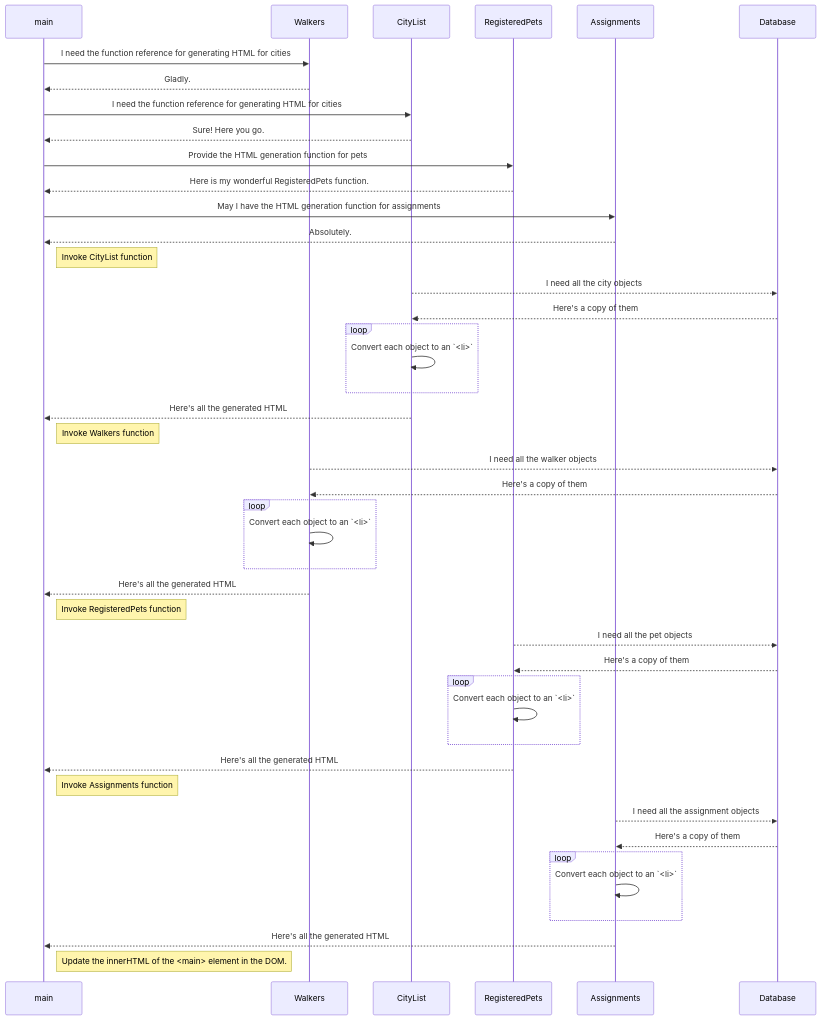
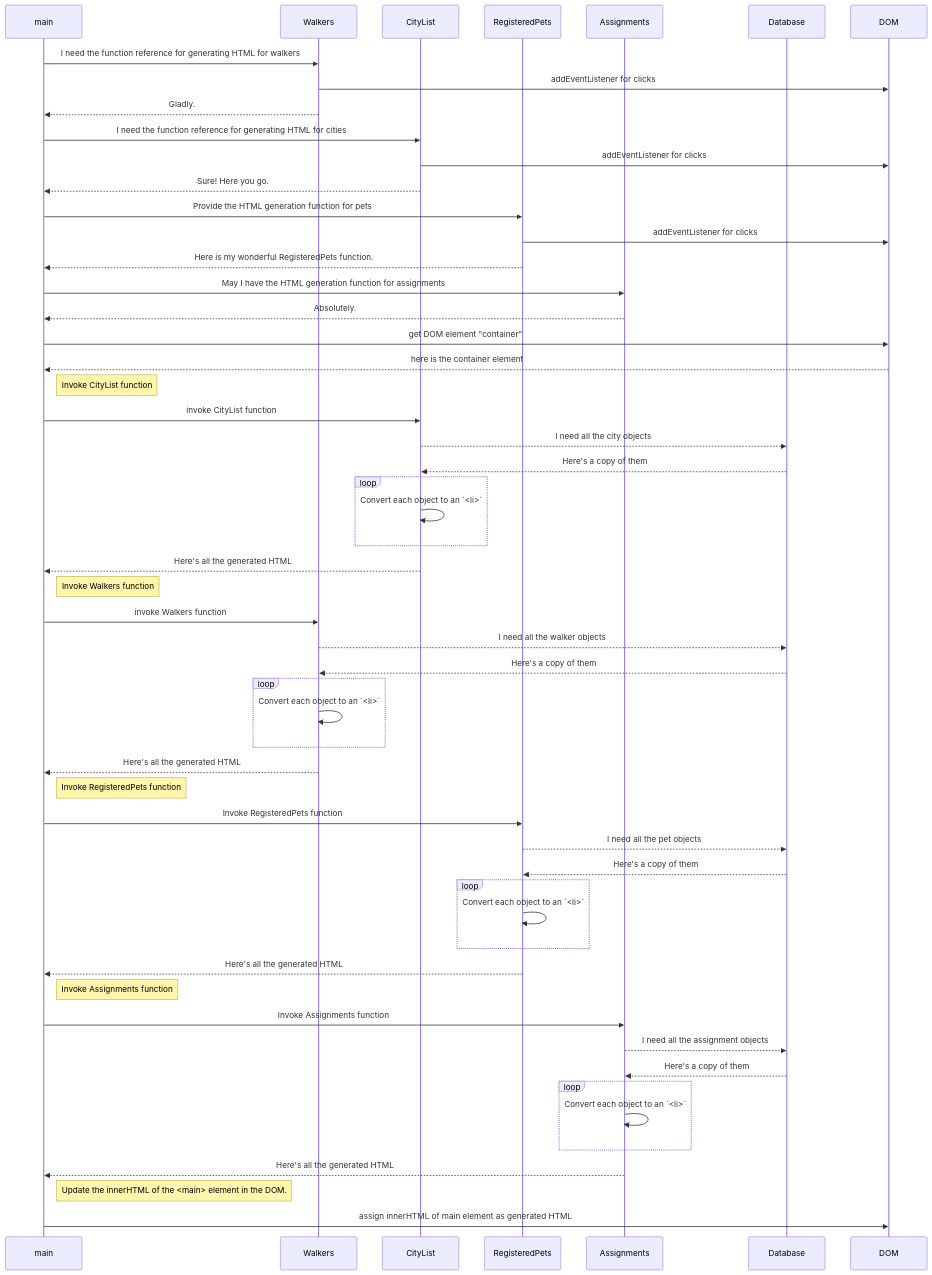
One commit to cmdrumright/dog-walking changed the second of 3 diagrams in README.md. Above: the diagram before and after it, drawn with Mermaid. The commit also changed other lines of this file and 1 other file, not shown here.

Commit message:
updated erd and sequence diagram

````diff
--- a/README.md
+++ b/README.md
@@ -23,46 +23,56 @@
 ```mermaid
 sequenceDiagram
     participant main
     participant Walkers
     participant CityList
     participant RegisteredPets
     participant Assignments
     participant Database
-    main->>Walkers: I need the function reference for generating HTML for cities
+    main->>Walkers: I need the function reference for generating HTML for walkers
+    Walkers->>DOM: addEventListener for clicks
     Walkers-->>main: Gladly.
     main->>CityList: I need the function reference for generating HTML for cities
+    CityList->>DOM: addEventListener for clicks
     CityList-->>main: Sure! Here you go.
     main->>RegisteredPets: Provide the HTML generation function for pets
+    RegisteredPets->>DOM: addEventListener for clicks
     RegisteredPets-->>main: Here is my wonderful RegisteredPets function.
     main->>Assignments: May I have the HTML generation function for assignments
     Assignments-->>main: Absolutely.
+    main->>DOM: get DOM element "container"
+    DOM-->>main: here is the container element
     Note right of main: Invoke CityList function
+    main->>CityList: invoke CityList function
     CityList-->>Database: I need all the city objects
     Database-->>CityList: Here's a copy of them
     loop
         CityList->>CityList: Convert each object to an `<li>`
     end
     CityList-->>main: Here's all the generated HTML
     Note right of main: Invoke Walkers function
+    main->>Walkers: invoke Walkers function
     Walkers-->>Database: I need all the walker objects
     Database-->>Walkers: Here's a copy of them
     loop
         Walkers->>Walkers: Convert each object to an `<li>`
     end
     Walkers-->>main: Here's all the generated HTML
     Note right of main: Invoke RegisteredPets function
+    main->>RegisteredPets: Invoke RegisteredPets function
     RegisteredPets-->>Database: I need all the pet objects
     Database-->>RegisteredPets: Here's a copy of them
     loop
         RegisteredPets->>RegisteredPets: Convert each object to an `<li>`
     end
     RegisteredPets-->>main: Here's all the generated HTML
     Note right of main: Invoke Assignments function
+    main->>Assignments: Invoke Assignments function
     Assignments-->>Database: I need all the assignment objects
     Database-->>Assignments: Here's a copy of them
     loop
         Assignments->>Assignments: Convert each object to an `<li>`
     end
     Assignments-->>main: Here's all the generated HTML
     Note right of main: Update the innerHTML of the <main> element in the DOM.
+    main->>DOM: assign innerHTML of main element as generated HTML
 ```
````
